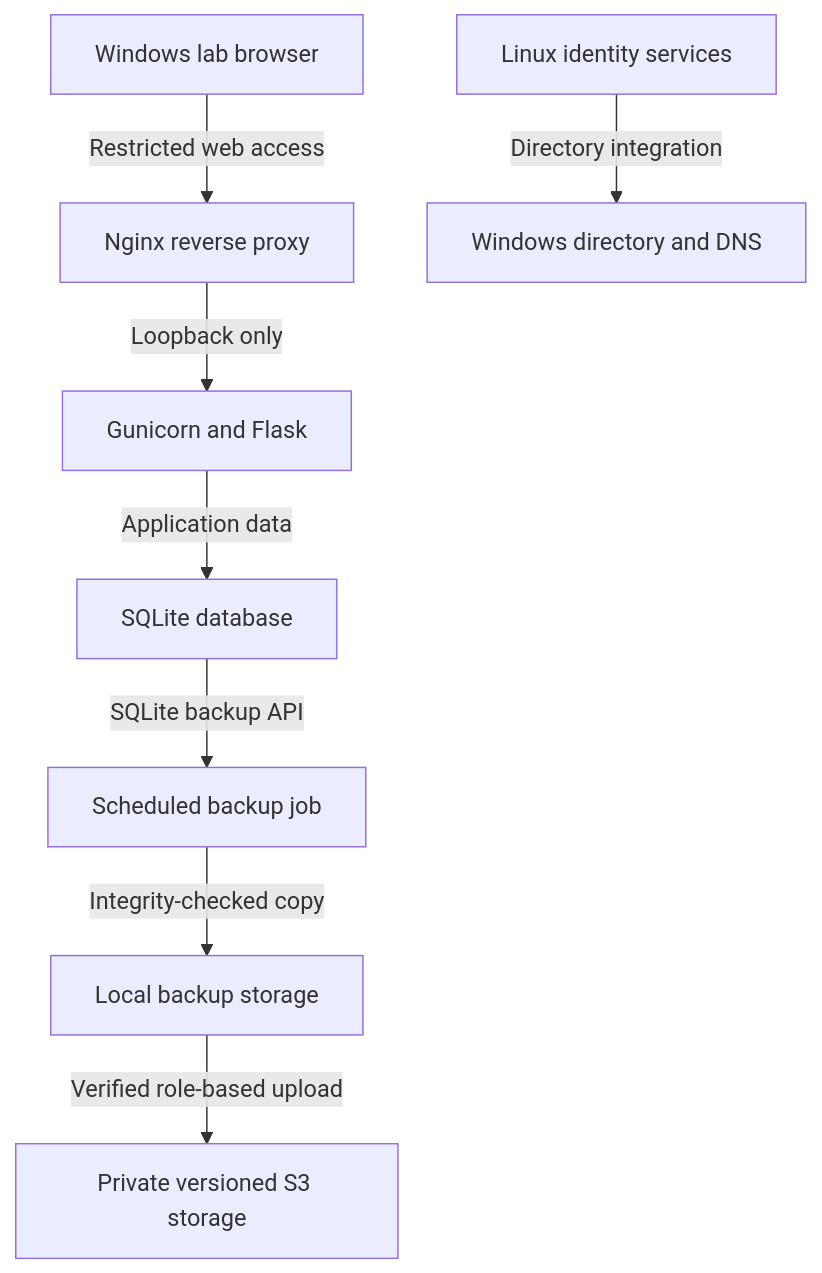
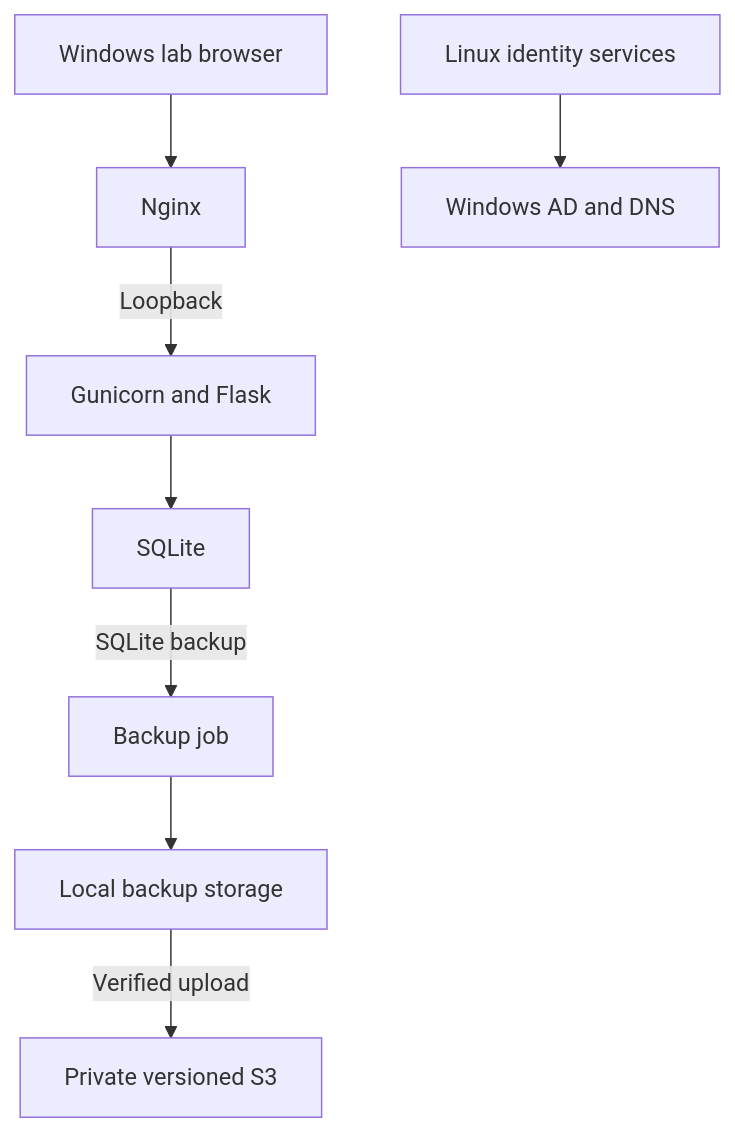
One commit to Nval174/active-directory-helpdesk-lab changed the diagram in documentation/architecture.md. Above: the diagram before and after it, drawn with Mermaid. The commit also changed other lines of this file and 20 other files, not shown here.

````diff
--- a/documentation/architecture.md
+++ b/documentation/architecture.md
@@ -19,10 +5,10 @@
 ```mermaid
 flowchart TD
-    C["Windows lab browser"] -->|"Restricted web access"| N["Nginx reverse proxy"]
-    N -->|"Loopback only"| A["Gunicorn and Flask"]
-    A -->|"Application data"| D["SQLite database"]
-    L["Linux identity services"] -->|"Directory integration"| W["Windows directory and DNS"]
-    D -->|"SQLite backup API"| B["Scheduled backup job"]
-    B -->|"Integrity-checked copy"| V["Local backup storage"]
-    V -->|"Verified role-based upload"| S["Private versioned S3 storage"]
+    C["Windows lab browser"] --> N["Nginx"]
+    N -->|"Loopback"| A["Gunicorn and Flask"]
+    A --> D["SQLite"]
+    L["Linux identity services"] --> W["Windows AD and DNS"]
+    D -->|"SQLite backup"| B["Backup job"]
+    B --> V["Local backup storage"]
+    V -->|"Verified upload"| S["Private versioned S3"]
 ```
````
